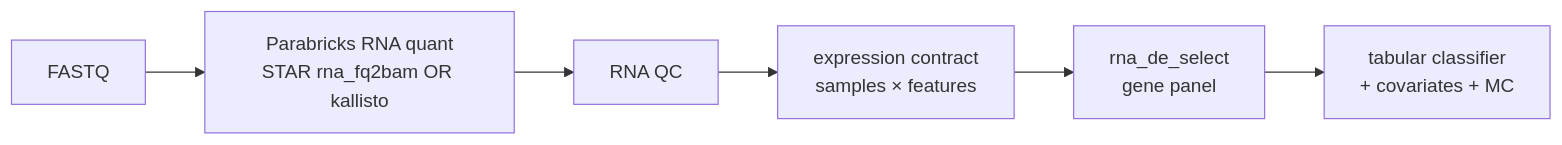
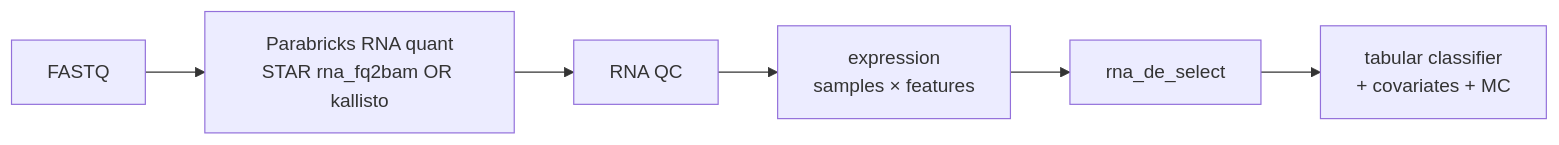
One commit to Goliath-Research/GoliathWorkflow changed the third of 12 diagrams in docs/presentations/regulatory-ready-platform-multiomics.md. Above: the diagram before and after it, drawn with Mermaid. The commit also changed other lines of this file and 2 other files, not shown here.

````diff
--- a/docs/presentations/regulatory-ready-platform-multiomics.md
+++ b/docs/presentations/regulatory-ready-platform-multiomics.md
@@ -131,8 +160,8 @@
 ```mermaid
 flowchart LR
   FQ["FASTQ"] --> Q["Parabricks RNA quant<br/>STAR rna_fq2bam OR kallisto"]
   Q --> RQC["RNA QC"]
-  RQC --> EXP["expression contract<br/>samples × features"]
-  EXP --> DE["rna_de_select<br/>gene panel"]
+  RQC --> EXP["expression<br/>samples × features"]
+  EXP --> DE["rna_de_select"]
   DE --> TAB["tabular classifier<br/>+ covariates + MC"]
 ```
````
